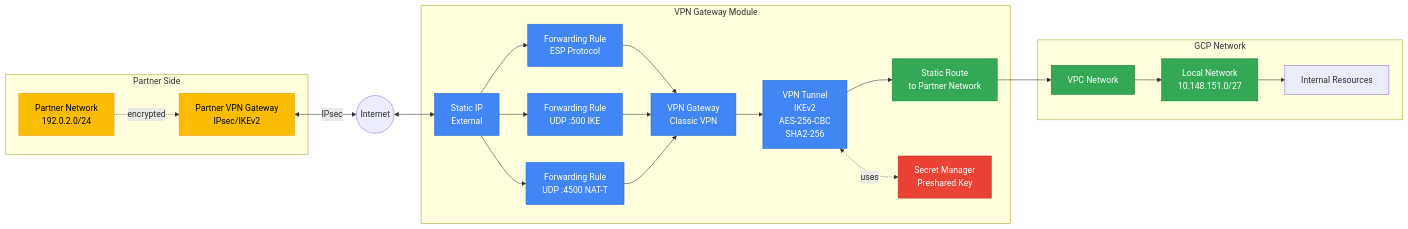
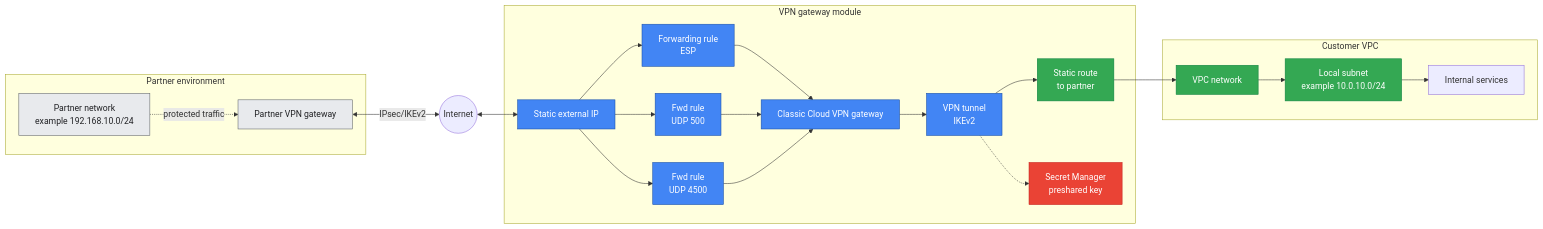
One commit to dieguezz/terraform-gcp-vpn changed the diagram in modules/vpn-gateway/README.md. Above: the diagram before and after it, drawn with Mermaid. The commit also changed other lines of this file and 3 other files, not shown here.

````diff
--- a/modules/vpn-gateway/README.md
+++ b/modules/vpn-gateway/README.md
@@ -11,52 +11,52 @@
 ```mermaid
-graph LR
-    subgraph Partner Side
-        PartnerGW[Partner VPN Gateway<br/>IPsec/IKEv2]
-        PartnerNet[Partner Network<br/>192.0.2.0/24]
-    end
-    
-    Internet((Internet))
-    
-    subgraph VPN Gateway Module
-        IP[Static IP<br/>External]
-        Gateway[VPN Gateway<br/>Classic VPN]
-        FwdESP[Forwarding Rule<br/>ESP Protocol]
-        FwdUDP500[Forwarding Rule<br/>UDP :500 IKE]
-        FwdUDP4500[Forwarding Rule<br/>UDP :4500 NAT-T]
-        Tunnel[VPN Tunnel<br/>IKEv2<br/>AES-256-CBC<br/>SHA2-256]
-        Route[Static Route<br/>to Partner Network]
-        PSK[Secret Manager<br/>Preshared Key]
-    end
-    
-    subgraph GCP Network
-        VPC[VPC Network]
-        LocalNet[Local Network<br/>10.148.151.0/27]
-        InternalRes[Internal Resources]
-    end
-    
-    PartnerNet -.->|encrypted| PartnerGW
-    PartnerGW <-->|IPsec| Internet
-    Internet <--> IP
-    IP --> FwdESP
-    IP --> FwdUDP500
-    IP --> FwdUDP4500
-    FwdESP --> Gateway
-    FwdUDP500 --> Gateway
-    FwdUDP4500 --> Gateway
-    Gateway --> Tunnel
-    Tunnel <-.->|uses| PSK
-    Tunnel --> Route
-    Route --> VPC
-    VPC --> LocalNet
-    LocalNet --> InternalRes
-    
-    classDef vpnResource fill:#4285f4,stroke:#1967d2,color:#fff
-    classDef securityResource fill:#ea4335,stroke:#c5221f,color:#fff
-    classDef networkResource fill:#34a853,stroke:#188038,color:#fff
-    classDef externalResource fill:#fbbc04,stroke:#f29900,color:#000
-    
-    class Gateway,Tunnel,FwdESP,FwdUDP500,FwdUDP4500,IP vpnResource
-    class PSK securityResource
-    class VPC,LocalNet,Route networkResource
-    class PartnerGW,PartnerNet externalResource
+flowchart LR
+  subgraph PartnerEnv[Partner environment]
+  PartnerGW["Partner VPN gateway"]
+  PartnerNet["Partner network<br/>example 192.168.10.0/24"]
+  end
+
+  Internet((Internet))
+
+  subgraph GatewayModule[VPN gateway module]
+  ExternalIP["Static external IP"]
+  ClassicVPN["Classic Cloud VPN gateway"]
+  FwdESP["Forwarding rule<br/>ESP"]
+  FwdIKE["Fwd rule<br/>UDP 500"]
+  FwdNATT["Fwd rule<br/>UDP 4500"]
+  VPNTunnel["VPN tunnel<br/>IKEv2"]
+  StaticRoute["Static route<br/>to partner"]
+  SecretPSK["Secret Manager<br/>preshared key"]
+  end
+
+  subgraph CustomerVPC[Customer VPC]
+  VPC["VPC network"]
+  LocalCIDR["Local subnet<br/>example 10.0.10.0/24"]
+  InternalApps["Internal services"]
+  end
+
+  PartnerNet -.->|protected traffic| PartnerGW
+  PartnerGW <-->|IPsec/IKEv2| Internet
+  Internet <--> ExternalIP
+  ExternalIP --> FwdESP
+  ExternalIP --> FwdIKE
+  ExternalIP --> FwdNATT
+  FwdESP --> ClassicVPN
+  FwdIKE --> ClassicVPN
+  FwdNATT --> ClassicVPN
+  ClassicVPN --> VPNTunnel
+  VPNTunnel -.-> SecretPSK
+  VPNTunnel --> StaticRoute
+  StaticRoute --> VPC
+  VPC --> LocalCIDR
+  LocalCIDR --> InternalApps
+
+  classDef edge fill:#4285f4,stroke:#174ea6,color:#fff
+  classDef secure fill:#ea4335,stroke:#c5221f,color:#fff
+  classDef network fill:#34a853,stroke:#0c8040,color:#fff
+  classDef partner fill:#e8eaed,stroke:#5f6368,color:#202124
+
+  class ClassicVPN,VPNTunnel,FwdESP,FwdIKE,FwdNATT,ExternalIP edge
+  class SecretPSK secure
+  class VPC,LocalCIDR,StaticRoute network
+  class PartnerGW,PartnerNet partner
 ```
````
